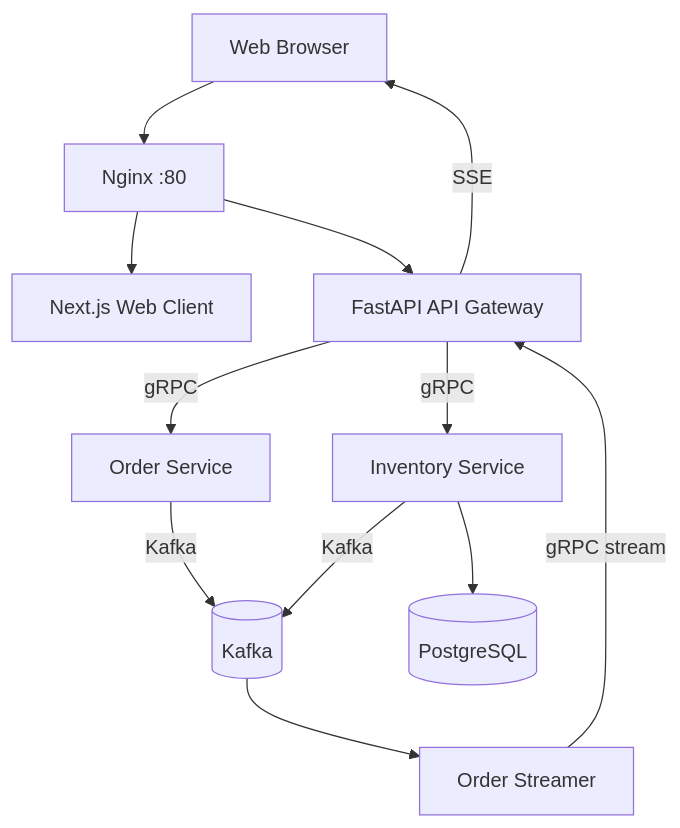
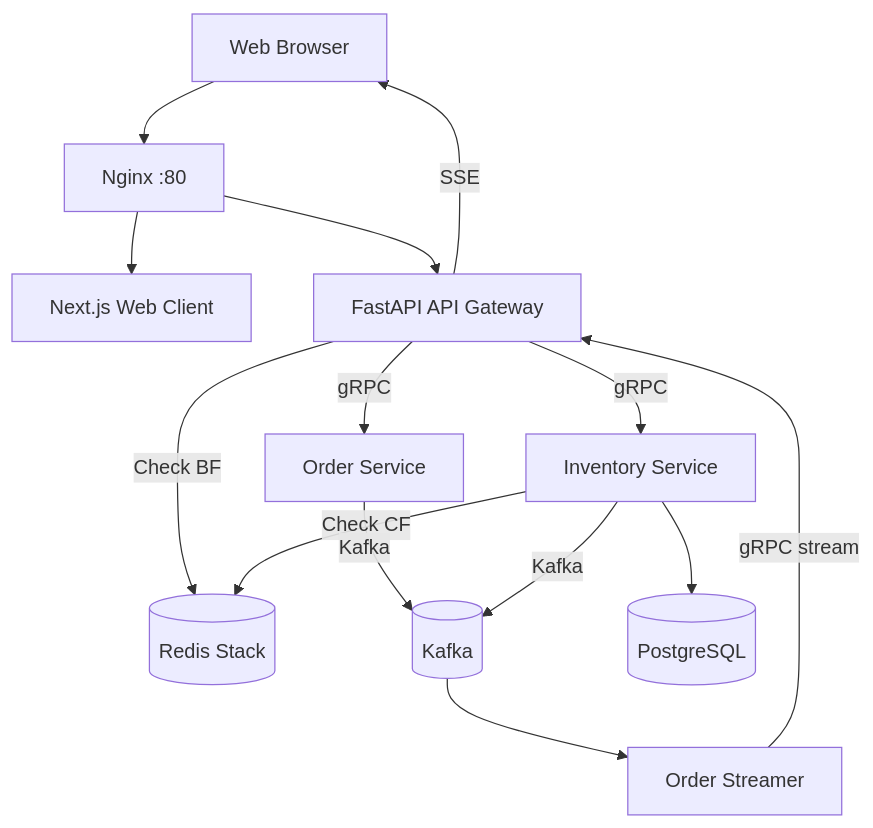
One commit to sairam0424/gRPC-micro-services changed the diagram in order-processing-system/README.md. Above: the diagram before and after it, drawn with Mermaid. The commit also changed other lines of this file and 23 other files, not shown here.

````diff
--- a/order-processing-system/README.md
+++ b/order-processing-system/README.md
@@ -17,14 +18,16 @@
 ```mermaid
 graph TD
     Client[Web Browser] --> Proxy[Nginx :80]
     Proxy --> Web[Next.js Web Client]
     Proxy --> API[FastAPI API Gateway]
     API -->|gRPC| Order[Order Service]
     API -->|gRPC| Inventory[Inventory Service]
+    API -->|Check BF| Redis[(Redis Stack)]
+    Inventory -->|Check CF| Redis
     Order -->|Kafka| Kafka[(Kafka)]
     Inventory -->|Kafka| Kafka
     Kafka --> Streamer[Order Streamer]
     Streamer -->|gRPC stream| API
     API -->|SSE| Client
     Inventory --> DB[(PostgreSQL)]
 ```
````
